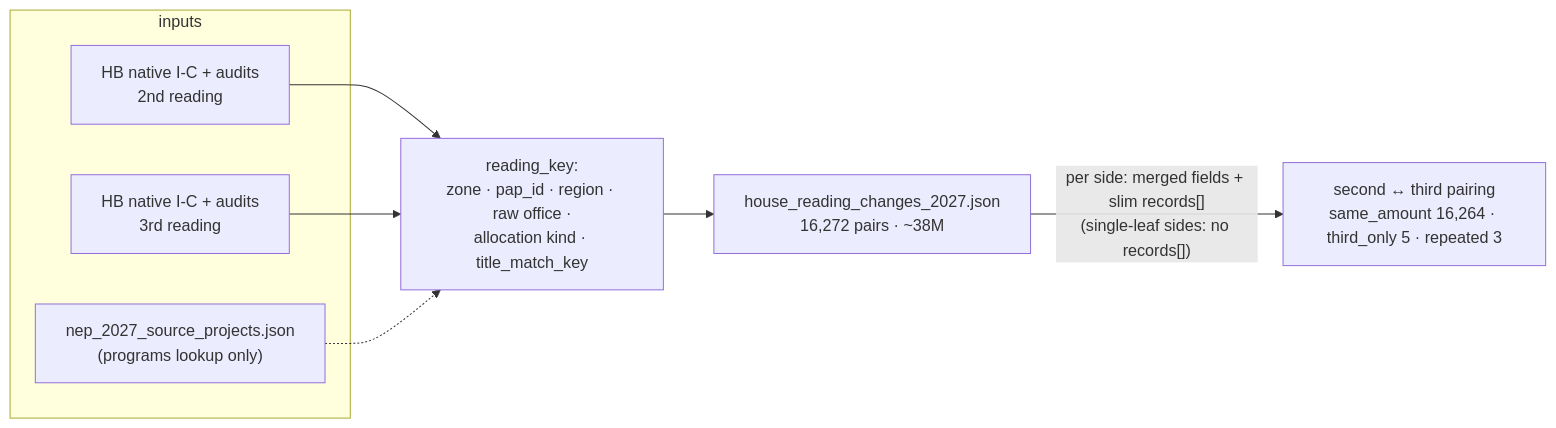
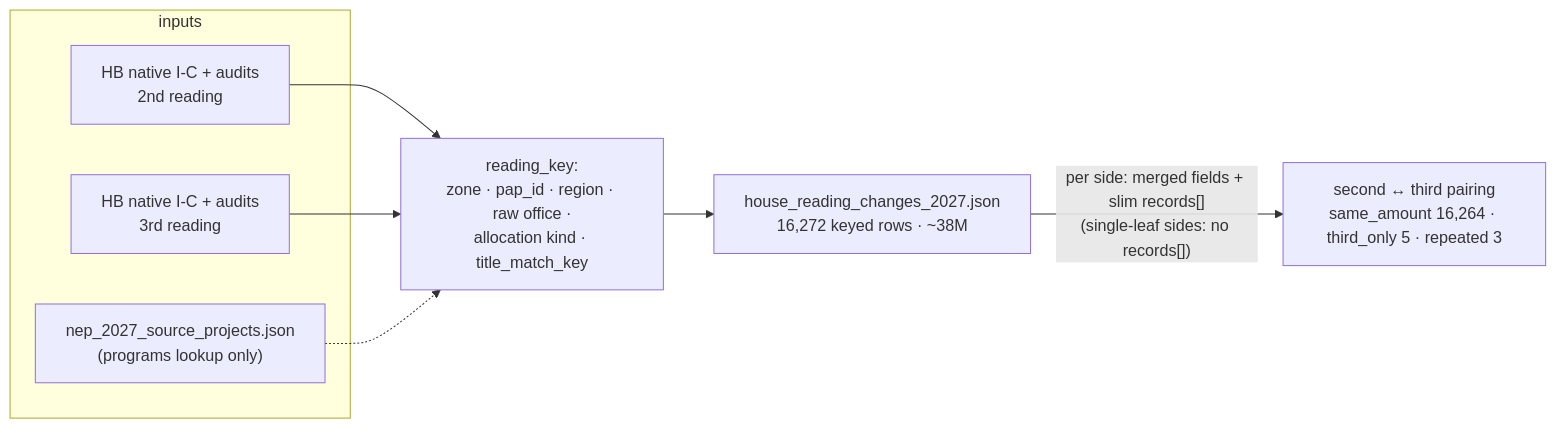
One commit to csiiiv/DPWH-NEP-HB-2027-ANALYSIS changed the fourth of 6 diagrams in analysis/docs/data_pipeline.md. Above: the diagram before and after it, drawn with Mermaid. The commit also changed other lines of this file and 24 other files, not shown here.

````diff
--- a/analysis/docs/data_pipeline.md
+++ b/analysis/docs/data_pipeline.md
@@ -190,13 +192,13 @@
 ```mermaid
 flowchart LR
     subgraph inputs
         N["nep_2027_source_projects.json<br/>(programs lookup only)"]
         H2["HB native I-C + audits<br/>2nd reading"]
         H3["HB native I-C + audits<br/>3rd reading"]
     end
     KEY["reading_key:<br/>zone · pap_id · region · raw office ·<br/>allocation kind · title_match_key"]
     H2 & H3 --> KEY
     N -.-> KEY
-    KEY --> PAIR["house_reading_changes_2027.json<br/>16,272 pairs · ~38M"]
+    KEY --> PAIR["house_reading_changes_2027.json<br/>16,272 keyed rows · ~38M"]
     PAIR --> |"per side: merged fields + slim records[]<br/>(single-leaf sides: no records[])"| OUT["second ↔ third pairing<br/>same_amount 16,264 · third_only 5 · repeated 3"]
 ```
````
